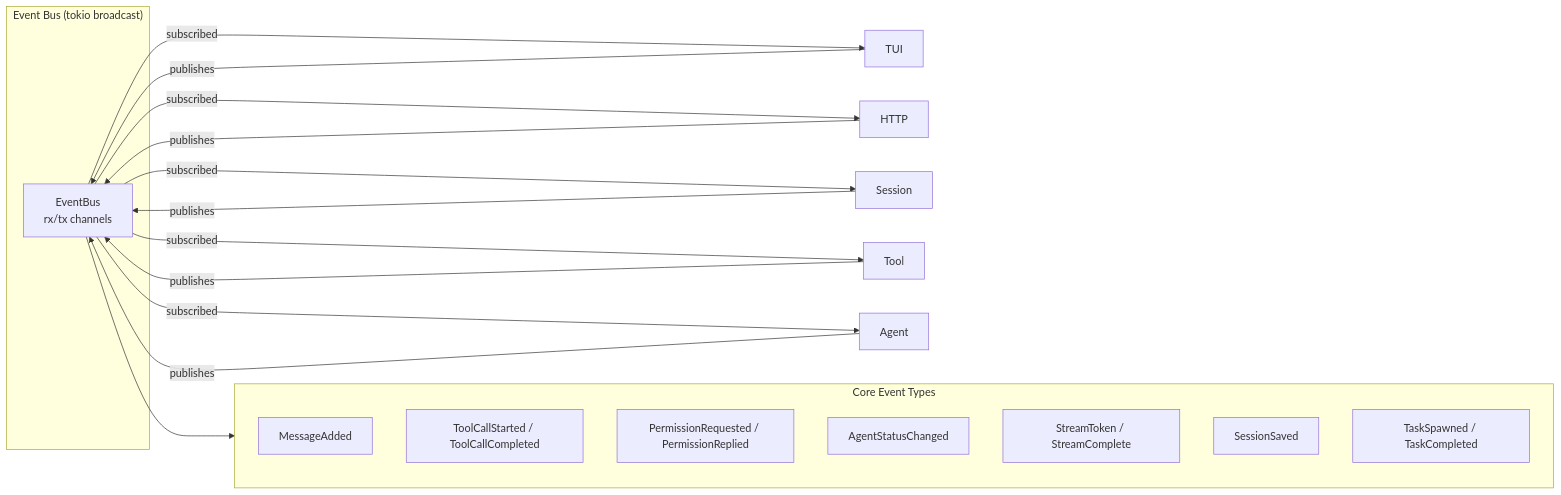
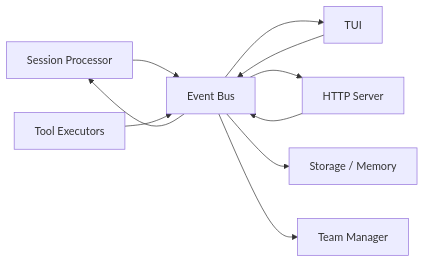
The fourth of 16 diagrams in SPEC.md (thawkins/ragent), drawn with Mermaid before and after one commit. The commit also changed other lines of this file and 91 other files, not shown here.

````diff
--- a/SPEC.md
+++ b/SPEC.md
@@ -265,30 +382,12 @@
 ```mermaid
 graph LR
-    subgraph Events["Event Bus (tokio broadcast)"]
-        EB[EventBus
-        rx/tx channels]
-    end
-
-    TUI -- publishes --> EB
-    HTTP -- publishes --> EB
-    Session -- publishes --> EB
-    Tool -- publishes --> EB
-    Agent -- publishes --> EB
-    EB -- subscribed --> TUI
-    EB -- subscribed --> HTTP
-    EB -- subscribed --> Session
-    EB -- subscribed --> Tool
-    EB -- subscribed --> Agent
-
-    subgraph EventTypes["Core Event Types"]
-        E1[MessageAdded]
-        E2[ToolCallStarted / ToolCallCompleted]
-        E3[PermissionRequested / PermissionReplied]
-        E4[AgentStatusChanged]
-        E5[StreamToken / StreamComplete]
-        E6[SessionSaved]
-        E7[TaskSpawned / TaskCompleted]
-    end
-
-    EB --> EventTypes
+    SP[Session Processor] --> EB[Event Bus]
+    TUI[TUI] --> EB
+    HTTP[HTTP Server] --> EB
+    Tools[Tool Executors] --> EB
+    EB --> SP
+    EB --> TUI
+    EB --> HTTP
+    EB --> Storage[Storage / Memory]
+    EB --> Teams[Team Manager]
 ```
````
